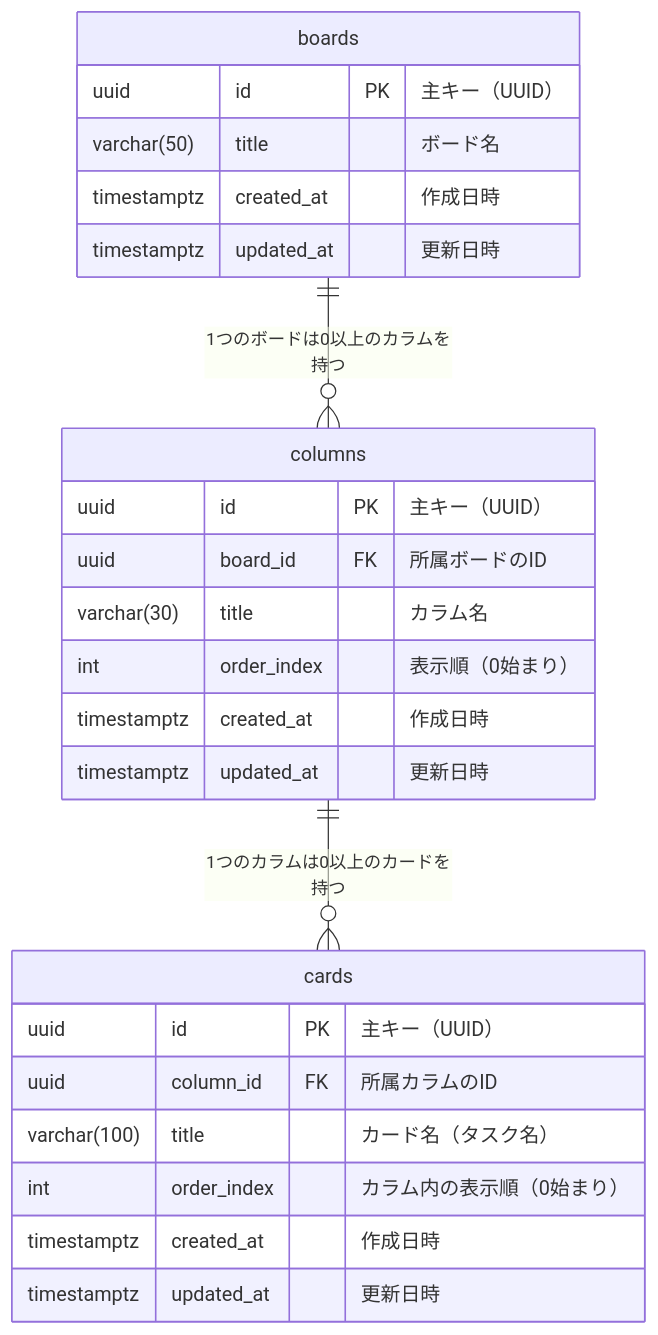
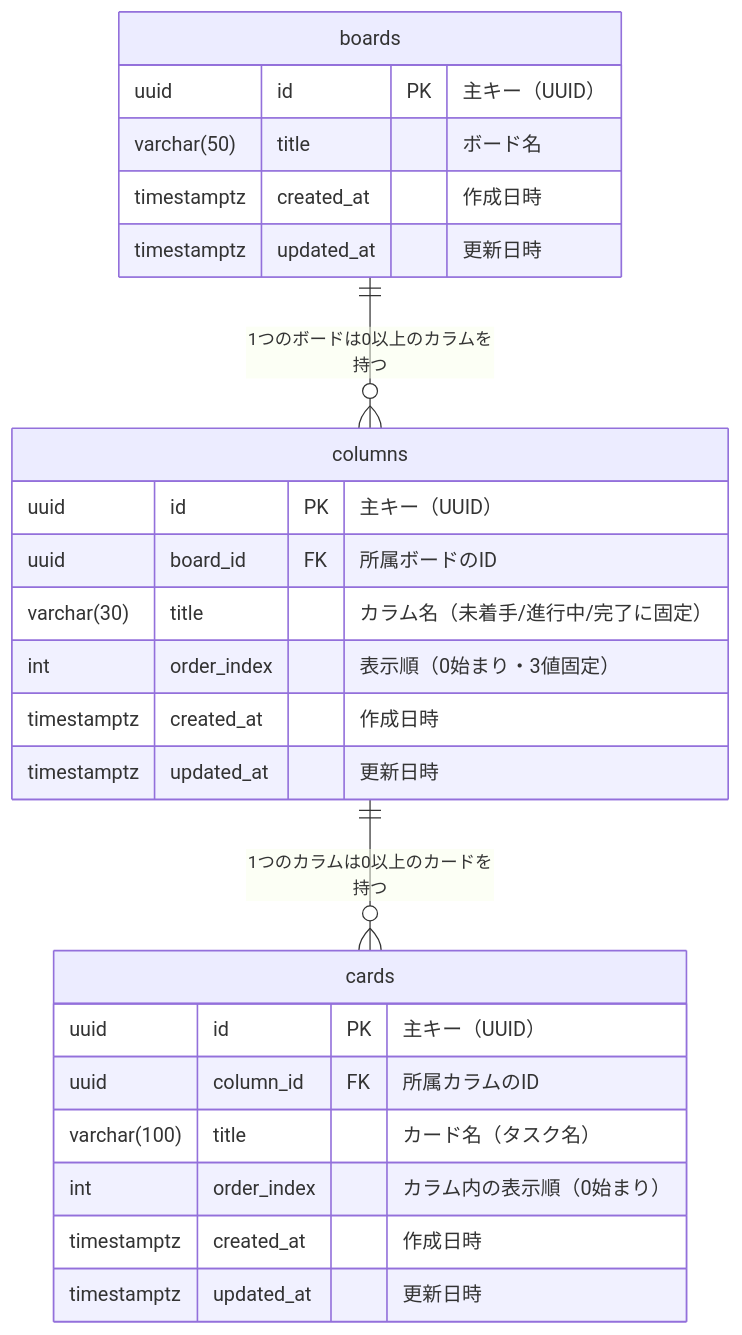
One commit to Higasizono/TaskManagement changed the diagram in docs/er-diagram.md. Above: the diagram before and after it, drawn with Mermaid. The commit also changed other lines of this file and 8 other files, not shown here.

````diff
--- a/docs/er-diagram.md
+++ b/docs/er-diagram.md
@@ -9,30 +9,30 @@
 ```mermaid
 erDiagram
     boards {
         uuid        id          PK  "主キー（UUID）"
         varchar(50) title           "ボード名"
         timestamptz created_at      "作成日時"
         timestamptz updated_at      "更新日時"
     }
 
     columns {
         uuid        id          PK  "主キー（UUID）"
         uuid        board_id    FK  "所属ボードのID"
-        varchar(30) title           "カラム名"
-        int         order_index     "表示順（0始まり）"
+        varchar(30) title           "カラム名（未着手/進行中/完了に固定）"
+        int         order_index     "表示順（0始まり・3値固定）"
         timestamptz created_at      "作成日時"
         timestamptz updated_at      "更新日時"
     }
 
     cards {
         uuid        id          PK  "主キー（UUID）"
         uuid        column_id   FK  "所属カラムのID"
         varchar(100) title          "カード名（タスク名）"
         int         order_index     "カラム内の表示順（0始まり）"
         timestamptz created_at      "作成日時"
         timestamptz updated_at      "更新日時"
     }
 
     boards  ||--o{ columns : "1つのボードは0以上のカラムを持つ"
     columns ||--o{ cards   : "1つのカラムは0以上のカードを持つ"
 ```
````
